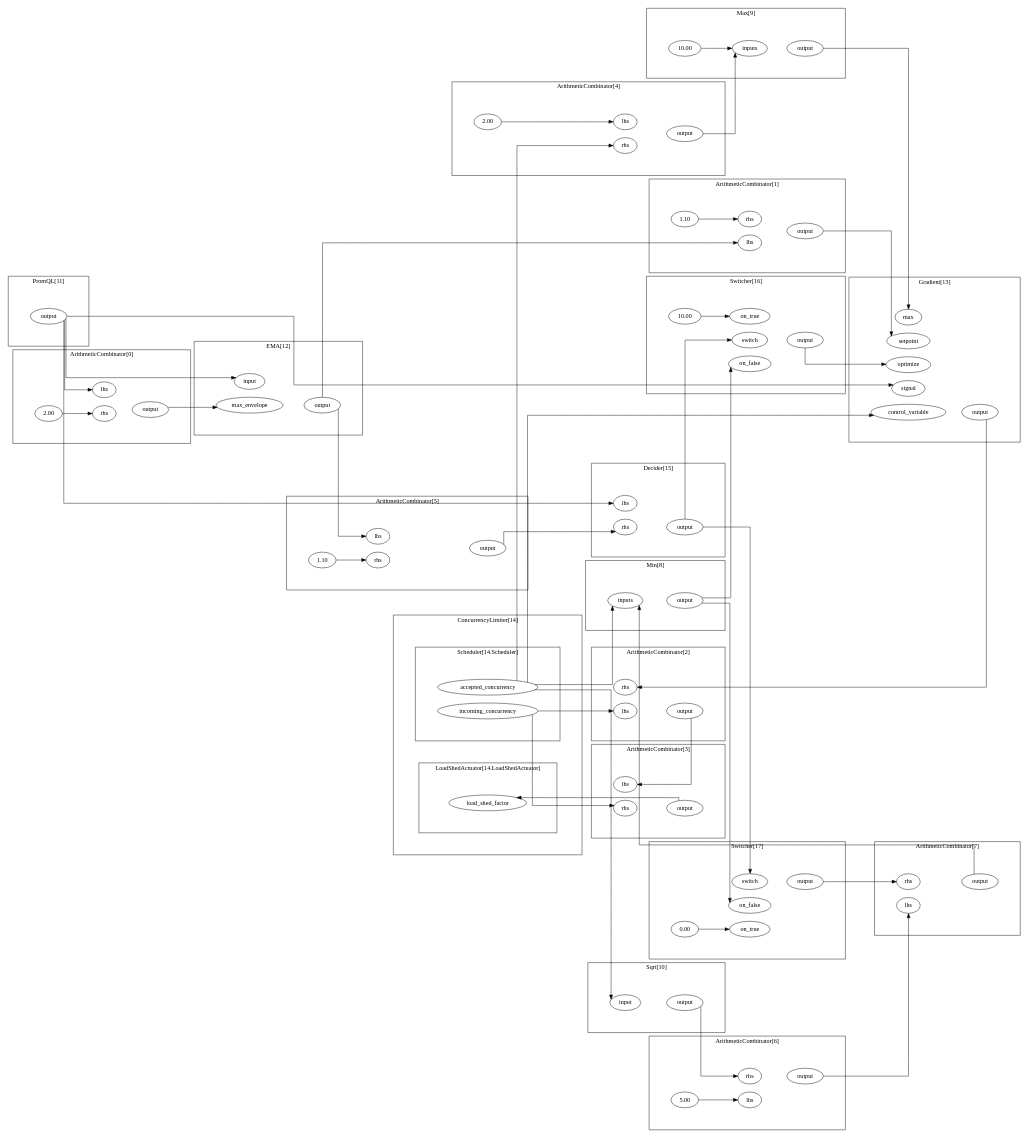
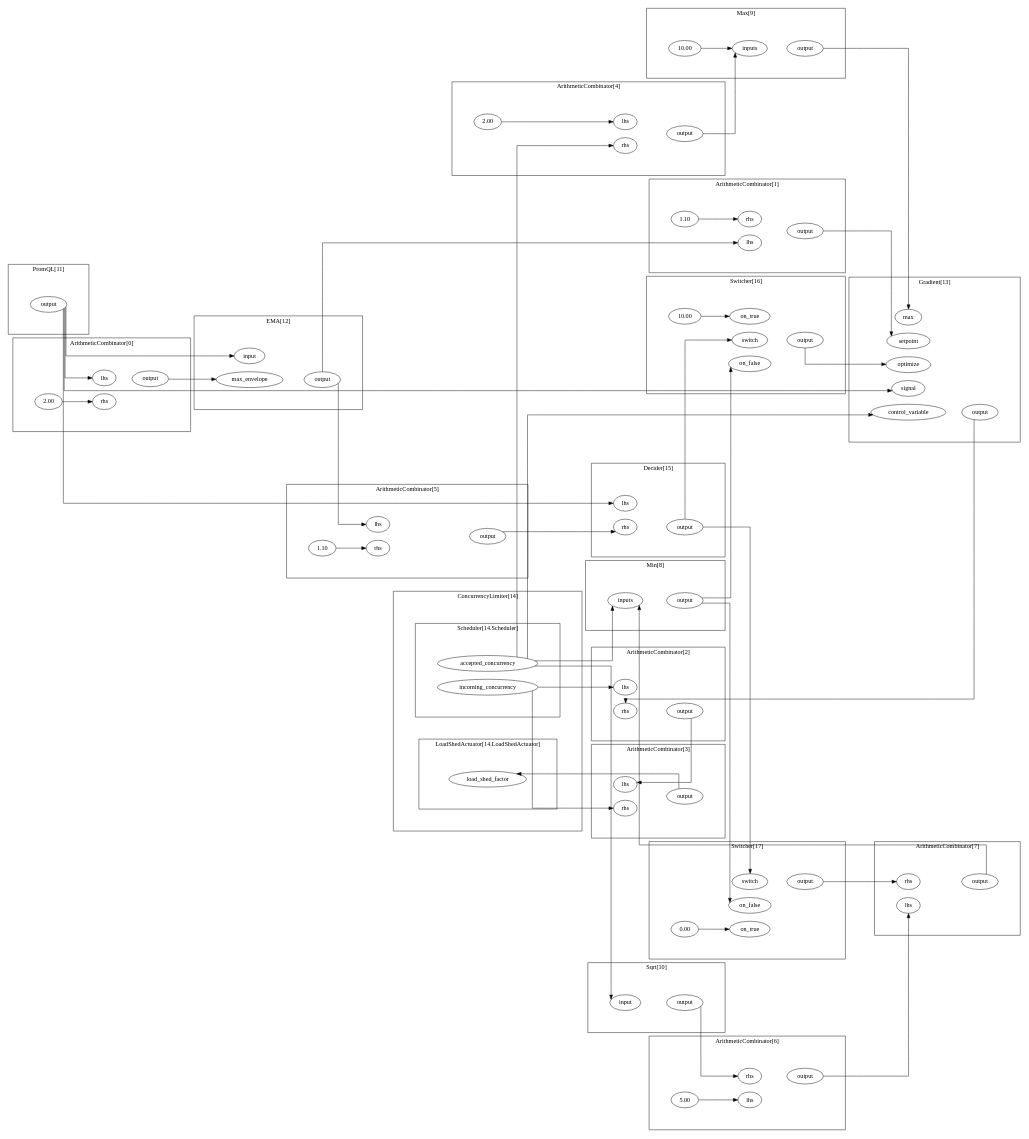
The diagram in blueprints/blueprints/latency-gradient/example/gen/graph/graph.dot (dataongunlaws/aperture), drawn with Graphviz before and after one commit. The commit also changed 8 other files, not shown here.

```diff
--- a/blueprints/blueprints/latency-gradient/example/gen/graph/graph.dot
+++ b/blueprints/blueprints/latency-gradient/example/gen/graph/graph.dot
@@ -1,13 +1,13 @@
 digraph  {
 	subgraph cluster_s1 {
 		label="ArithmeticCombinator[0]";margin="50.0";
-		n4[label="2.00"];
-		n2[label="lhs"];
+		n3[label="2.00"];
+		n4[label="lhs"];
 		n5[label="output"];
-		n3[label="rhs"];
-		n4->n3;
-		n3->n5[style="invis"];
-		{rank=same; n2;n3;};
+		n2[label="rhs"];
+		n3->n2;
+		n4->n5[style="invis"];
+		{rank=same; n2;n4;};
 		{rank=same; n5;};
 		
 	}
@@ -25,9 +25,9 @@
 	}
 	subgraph cluster_s11 {
 		label="ArithmeticCombinator[2]";margin="50.0";
-		n13[label="lhs"];
+		n12[label="lhs"];
 		n14[label="output"];
-		n12[label="rhs"];
+		n13[label="rhs"];
 		n13->n14[style="invis"];
 		{rank=same; n12;n13;};
 		{rank=same; n14;};
@@ -35,9 +35,9 @@
 	}
 	subgraph cluster_s15 {
 		label="ArithmeticCombinator[3]";margin="50.0";
-		n16[label="lhs"];
+		n17[label="lhs"];
 		n18[label="output"];
-		n17[label="rhs"];
+		n16[label="rhs"];
 		n17->n18[style="invis"];
 		{rank=same; n16;n17;};
 		{rank=same; n18;};
@@ -51,8 +51,8 @@
 		n22[label="rhs"];
 		n21->n20;
 		n22->n23[style="invis"];
+		{rank=same; n20;n22;};
 		{rank=same; n23;};
-		{rank=same; n20;n22;};
 		
 	}
 	subgraph cluster_s24 {
@@ -205,30 +205,30 @@
 	n63->n39;
 	n63->n46;
 	n63->n59;
-	n64->n13;
-	n64->n17;
-	n14->n16;
-	n82->n36;
+	n64->n12;
+	n64->n16;
+	n10->n56;
+	n23->n42;
+	n28->n69;
+	n40->n72;
+	n40->n80;
+	n49->n4;
+	n49->n51;
+	n49->n55;
+	n49->n68;
 	n5->n52;
-	n23->n42;
-	n37->n39;
-	n44->n58;
-	n47->n32;
+	n18->n66;
 	n53->n7;
 	n53->n25;
 	n76->n57;
-	n18->n66;
 	n33->n35;
-	n49->n2;
-	n49->n51;
-	n49->n55;
-	n49->n68;
-	n60->n12;
+	n44->n58;
+	n47->n32;
+	n60->n13;
 	n70->n73;
 	n70->n81;
-	n10->n56;
-	n28->n69;
-	n40->n72;
-	n40->n80;
+	n14->n17;
+	n37->n39;
+	n82->n36;
 	
 }
```
